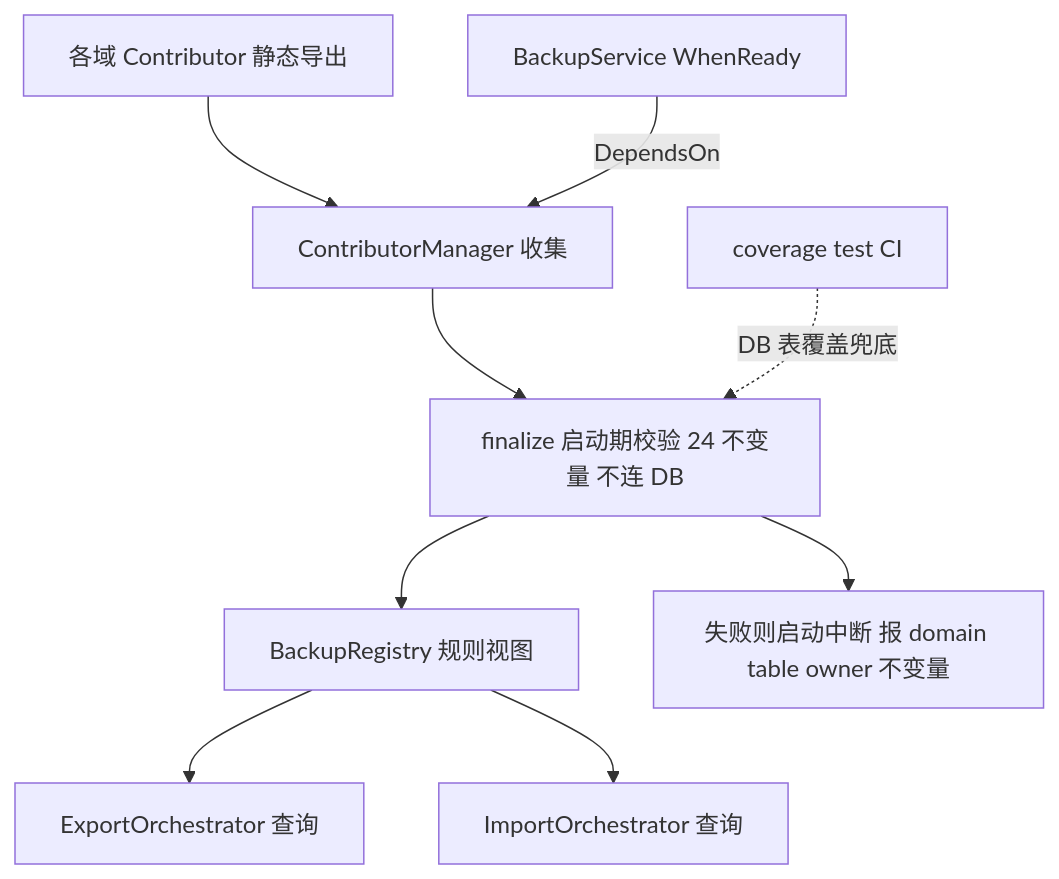
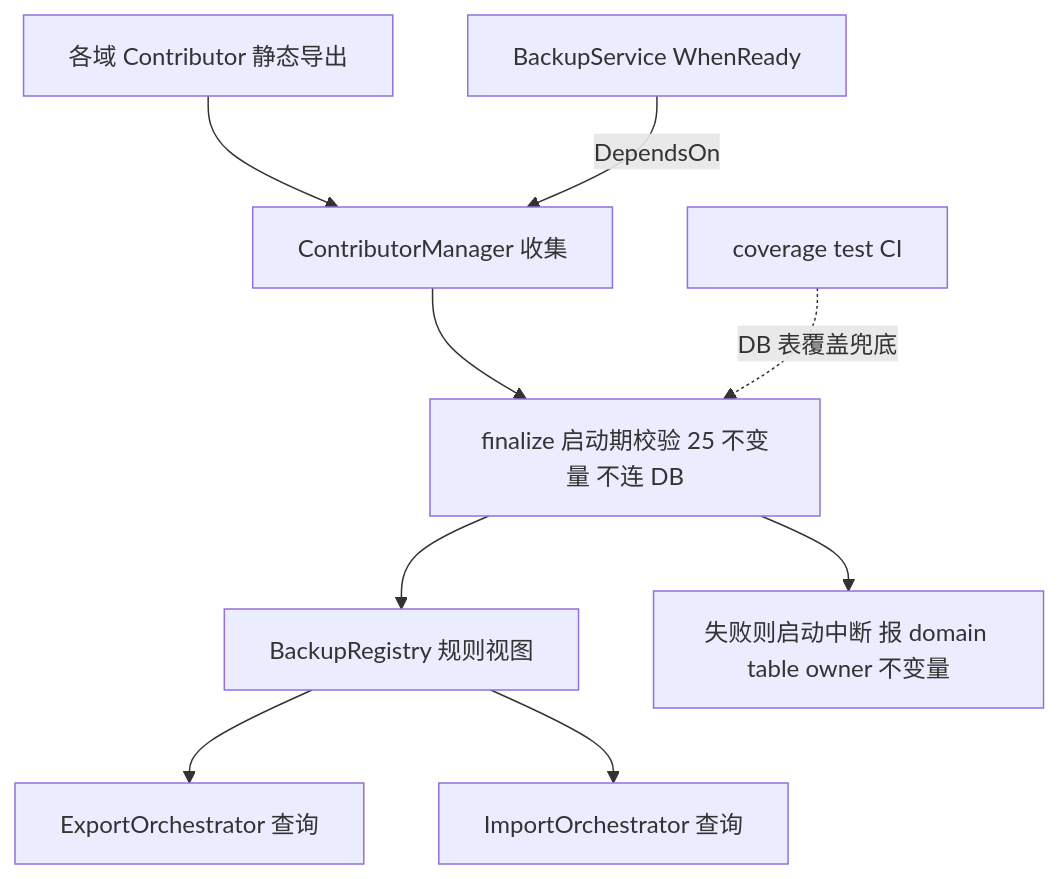
One commit to CherryHQ/cherry-studio changed the fifth of 5 diagrams in docs/references/backup/backup-architecture.md. Above: the diagram before and after it, drawn with Mermaid. The commit also changed other lines of this file, not shown here.

First line of the commit message:
docs(backup): composite pk derivation, finalize invariant #25

````diff
--- a/docs/references/backup/backup-architecture.md
+++ b/docs/references/backup/backup-architecture.md
@@ -232,11 +232,11 @@
 ```mermaid
 flowchart TB
   C[各域 Contributor 静态导出] --> CM[ContributorManager 收集]
-  CM --> FN[finalize 启动期校验 24 不变量 不连 DB]
+  CM --> FN[finalize 启动期校验 25 不变量 不连 DB]
   FN --> BR[BackupRegistry 规则视图]
   FN --> X[失败则启动中断 报 domain table owner 不变量]
   BR --> EX[ExportOrchestrator 查询]
   BR --> IM[ImportOrchestrator 查询]
   BS[BackupService WhenReady] -->|DependsOn| CM
   CT[coverage test CI] -.DB 表覆盖兜底.-> FN
 ```
````
